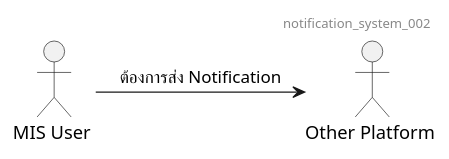
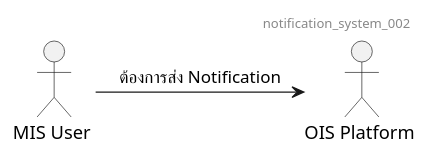
Before and after one commit to lionants02/mis-api-doc: the third of 4 diagrams in uml/notification_system.plantuml, drawn with PlantUML. The commit also changed other lines of this file and 5 other files, not shown here.

```diff
--- a/uml/notification_system.plantuml
+++ b/uml/notification_system.plantuml
@@ -17,6 +17,6 @@
 @startuml
 Header notification_system_002
-  :Other Platform : as Other
+  :OIS Platform : as OIS
   :MIS User : as MIS
-  MIS -right-> Other : ต้องการส่ง Notification
+  MIS -right-> OIS : ต้องการส่ง Notification
 @enduml
```
